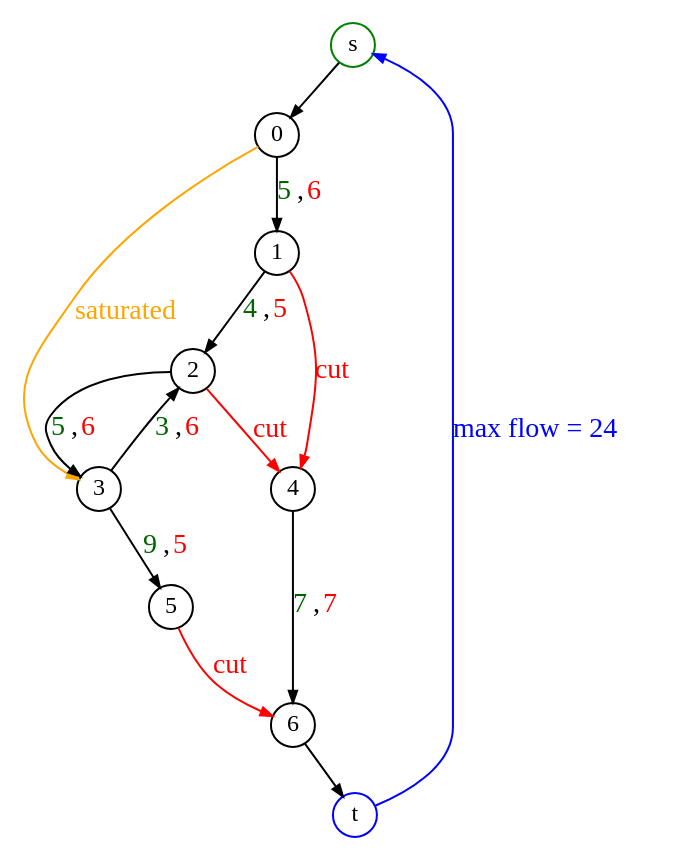
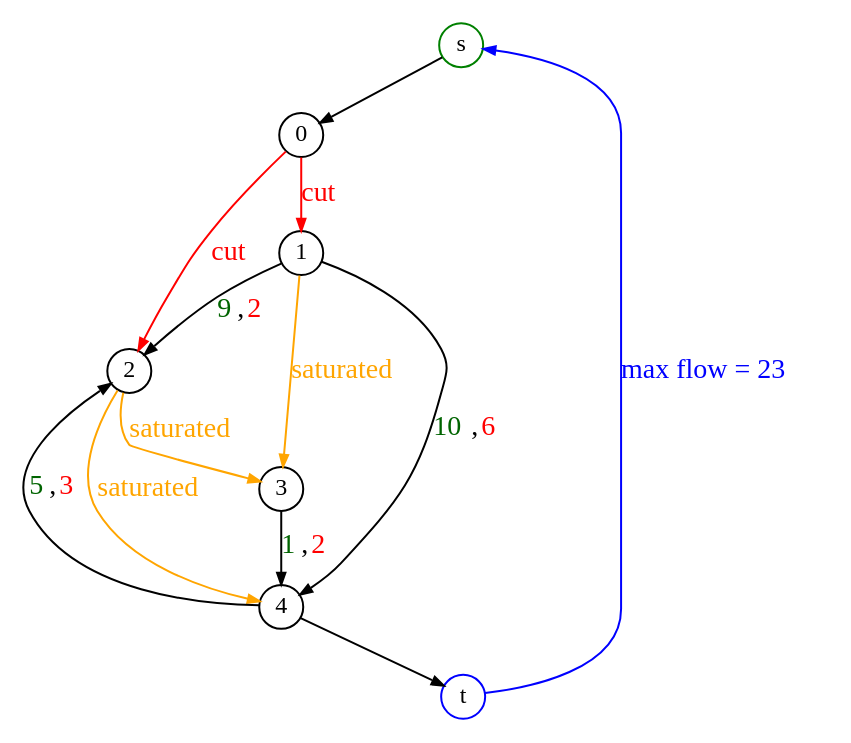
The diagram in graph.dot (takitsu21/operation-research), drawn with Graphviz before and after one commit. The commit also changed 2 other files, not shown here.

```diff
--- a/graph.dot
+++ b/graph.dot
@@ -1,20 +1,19 @@
 digraph G {
     graph [nodesep="0.3", ranksep="0.3",fontsize=12]
     node [shape=circle,fixedsize=true,width=.3,height=.3,fontsize=12]
     edge [arrowsize=0.6]
 	s -> 0
-	0 -> 1 [label=<<font color="darkgreen">5</font>,<font color="red">6</font>>]
-	0 -> 3 [color=orange, label=<<font color="orange">saturated</font>>]
-	1 -> 2 [label=<<font color="darkgreen">4</font>,<font color="red">5</font>>]
-	2 -> 3 [label=<<font color="darkgreen">5</font>,<font color="red">6</font>>]
-	3 -> 2 [label=<<font color="darkgreen">3</font>,<font color="red">6</font>>]
-	3 -> 5 [label=<<font color="darkgreen">9</font>,<font color="red">5</font>>]
-	4 -> 6 [label=<<font color="darkgreen">7</font>,<font color="red">7</font>>]
-	5 -> 6 [color=red, label=<<font color="red">cut</font>>]
-	1 -> 4 [color=red, label=<<font color="red">cut</font>>]
-	2 -> 4 [color=red, label=<<font color="red">cut</font>>]
-	6 -> t 
-	t -> s [color=blue label=<<font color="blue">max flow = 24</font>>]
+	1 -> 2 [label=<<font color="darkgreen">9</font>,<font color="red">2</font>>]
+	1 -> 3 [color=orange, label=<<font color="orange">saturated</font>>]
+	1 -> 4 [label=<<font color="darkgreen">10</font>,<font color="red">6</font>>]
+	2 -> 3 [color=orange, label=<<font color="orange">saturated</font>>]
+	2 -> 4 [color=orange, label=<<font color="orange">saturated</font>>]
+	3 -> 4 [label=<<font color="darkgreen">1</font>,<font color="red">2</font>>]
+	4 -> 2 [label=<<font color="darkgreen">5</font>,<font color="red">3</font>>]
+	0 -> 2 [color=red, label=<<font color="red">cut</font>>]
+	0 -> 1 [color=red, label=<<font color="red">cut</font>>]
+	4 -> t 
+	t -> s [color=blue label=<<font color="blue">max flow = 23</font>>]
 	s [color=green]
 	t [color=blue]
 }
```
